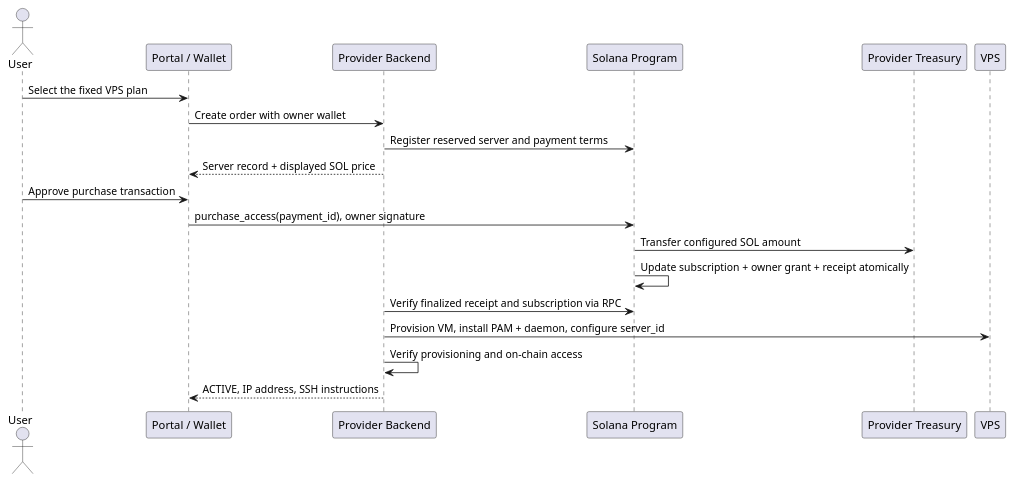
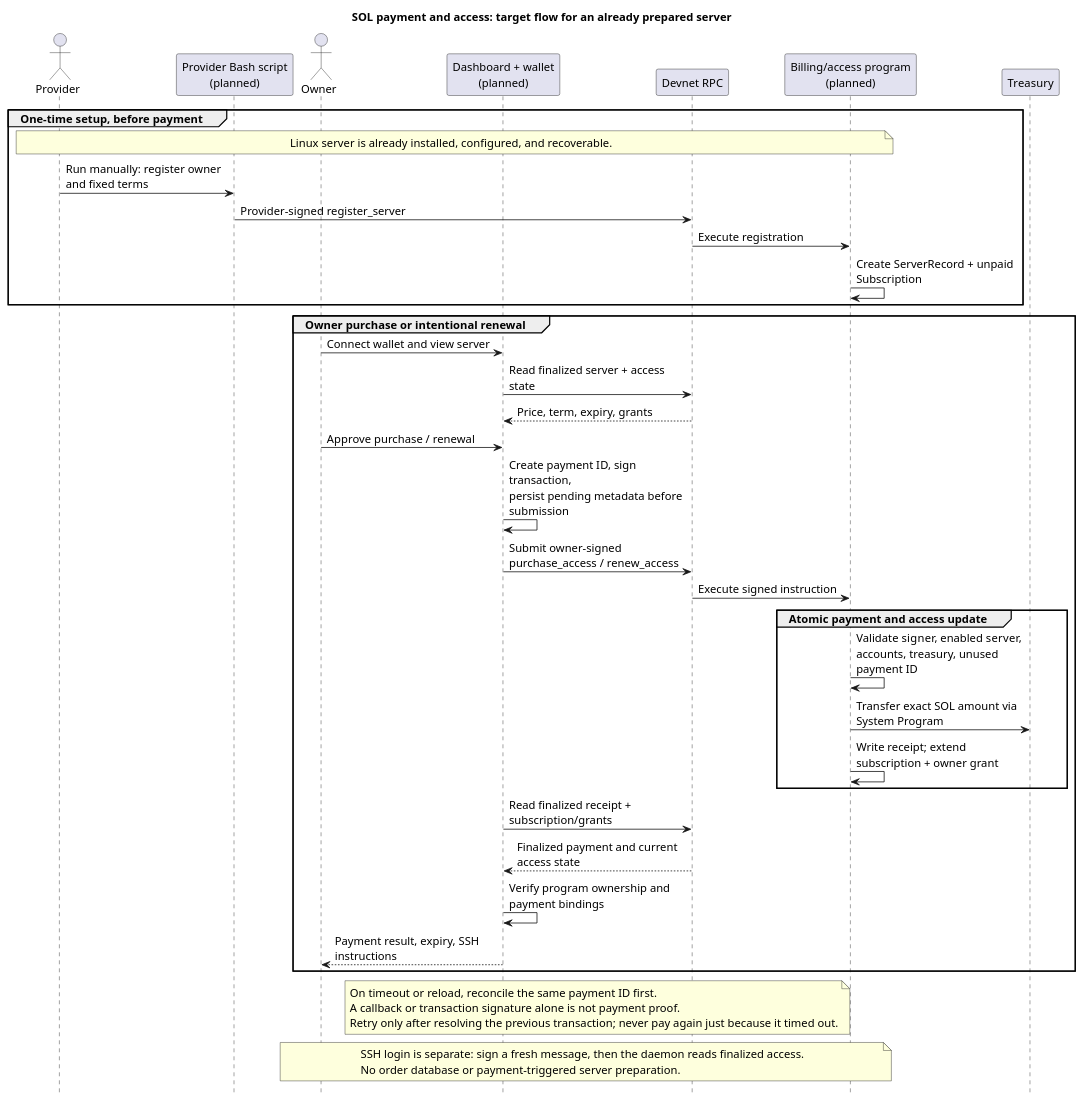
The diagram in docs/diagrams/billing-and-provisioning.puml (Tarat0r/solana-vps-platform), drawn with PlantUML before and after one commit. The commit also changed 20 other files, not shown here.

Commit message:
docs: describe the reduced architecture and implemented components

```diff
--- a/docs/diagrams/billing-and-provisioning.puml
+++ b/docs/diagrams/billing-and-provisioning.puml
@@ -1,21 +1,53 @@
 @startuml
-actor User
-participant "Portal / Wallet" as Portal
-participant "Provider Backend" as Backend
-participant "Solana Program" as Program
-participant "Provider Treasury" as Treasury
-participant "VPS" as VPS
+title SOL payment and access: target flow for an already prepared server
+skinparam defaultFontName SansSerif
+skinparam defaultFontSize 14
+skinparam responseMessageBelowArrow true
+skinparam maxMessageSize 220
+hide footbox
 
-User -> Portal : Select the fixed VPS plan
-Portal -> Backend : Create order with owner wallet
-Backend -> Program : Register reserved server and payment terms
-Backend --> Portal : Server record + displayed SOL price
-User -> Portal : Approve purchase transaction
-Portal -> Program : purchase_access(payment_id), owner signature
-Program -> Treasury : Transfer configured SOL amount
-Program -> Program : Update subscription + owner grant + receipt atomically
-Backend -> Program : Verify finalized receipt and subscription via RPC
-Backend -> VPS : Provision VM, install PAM + daemon, configure server_id
-Backend -> Backend : Verify provisioning and on-chain access
-Backend --> Portal : ACTIVE, IP address, SSH instructions
+actor Provider
+participant "Provider Bash script\n(planned)" as Setup
+actor Owner
+participant "Dashboard + wallet\n(planned)" as Browser
+participant "Devnet RPC" as RPC
+participant "Billing/access program\n(planned)" as Program
+participant "Treasury" as Treasury
+
+group One-time setup, before payment
+  note over Provider, Program : Linux server is already installed, configured, and recoverable.
+  Provider -> Setup : Run manually: register owner and fixed terms
+  Setup -> RPC : Provider-signed register_server
+  RPC -> Program : Execute registration
+  Program -> Program : Create ServerRecord + unpaid Subscription
+end
+
+group Owner purchase or intentional renewal
+  Owner -> Browser : Connect wallet and view server
+  Browser -> RPC : Read finalized server + access state
+  RPC --> Browser : Price, term, expiry, grants
+  Owner -> Browser : Approve purchase / renewal
+  Browser -> Browser : Create payment ID, sign transaction,\npersist pending metadata before submission
+  Browser -> RPC : Submit owner-signed purchase_access / renew_access
+  RPC -> Program : Execute signed instruction
+  group Atomic payment and access update
+    Program -> Program : Validate signer, enabled server,\naccounts, treasury, unused payment ID
+    Program -> Treasury : Transfer exact SOL amount via System Program
+    Program -> Program : Write receipt; extend subscription + owner grant
+  end
+  Browser -> RPC : Read finalized receipt + subscription/grants
+  RPC --> Browser : Finalized payment and current access state
+  Browser -> Browser : Verify program ownership and payment bindings
+  Browser --> Owner : Payment result, expiry, SSH instructions
+end
+
+note over Browser, RPC
+  On timeout or reload, reconcile the same payment ID first.
+  A callback or transaction signature alone is not payment proof.
+  Retry only after resolving the previous transaction; never pay again just because it timed out.
+end note
+note over Owner, Program
+  SSH login is separate: sign a fresh message, then the daemon reads finalized access.
+  No order database or payment-triggered server preparation.
+end note
 @enduml
```
